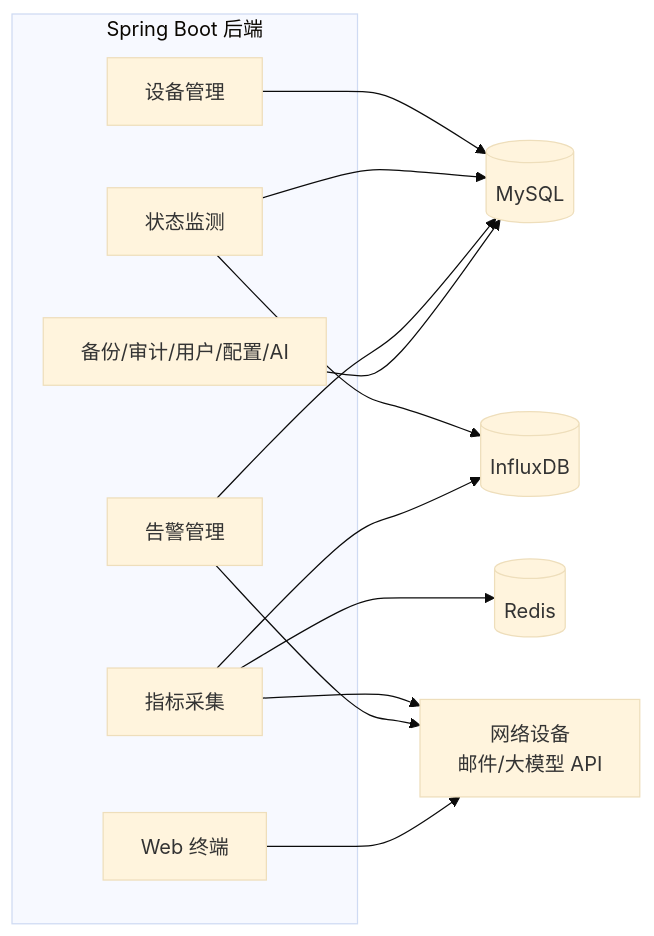
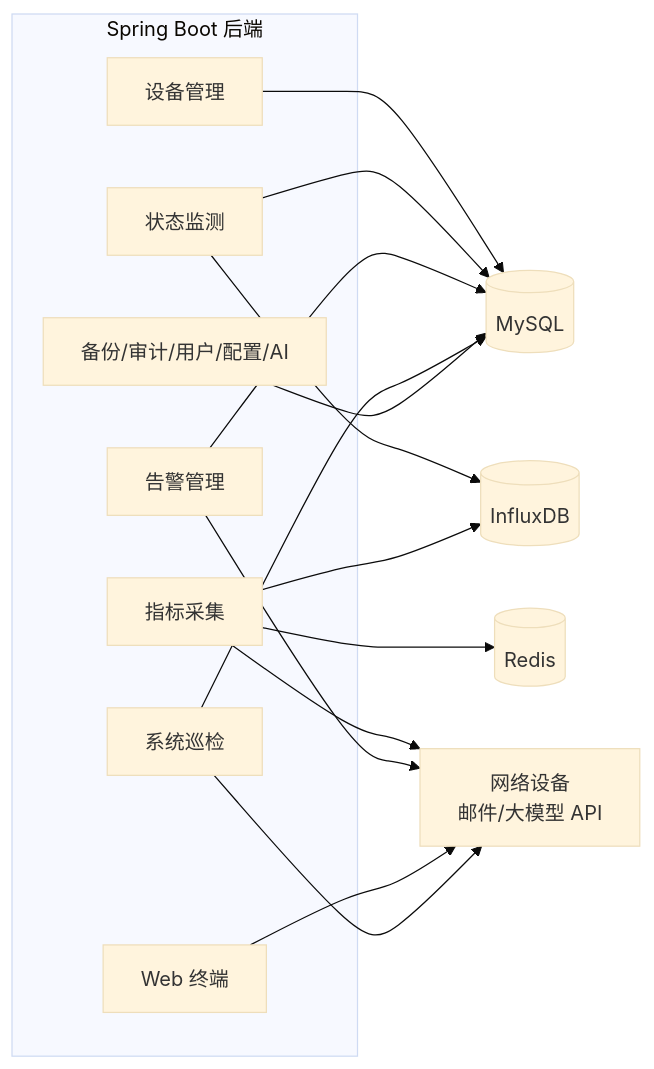
Before and after one commit to zedberark/jiankong: diagram 13 of 13 in docs/论文图示汇总-ER图-流程图-数据库表图-架构图.md, drawn with Mermaid (base theme). The commit also changed other lines of this file and 17 other files, not shown here.

````diff
--- a/docs/论文图示汇总-ER图-流程图-数据库表图-架构图.md
+++ b/docs/论文图示汇总-ER图-流程图-数据库表图-架构图.md
@@ -458,27 +487,30 @@
 ```mermaid
 flowchart LR
     subgraph 后端["Spring Boot 后端"]
         Dev[设备管理]
         Mon[状态监测]
         Col[指标采集]
         Alt[告警管理]
         Web[Web 终端]
+        Ins[系统巡检]
         Oth[备份/审计/用户/配置/AI]
     end
 
     MySQL[(MySQL)]
     Redis[(Redis)]
     Influx[(InfluxDB)]
     Ext[网络设备\n邮件/大模型 API]
 
     Dev --> MySQL
     Mon --> MySQL
     Mon --> Influx
     Col --> Redis
     Col --> Influx
     Col --> Ext
     Alt --> MySQL
     Alt --> Ext
     Web --> Ext
+    Ins --> MySQL
+    Ins --> Ext
     Oth --> MySQL
 ```
````
